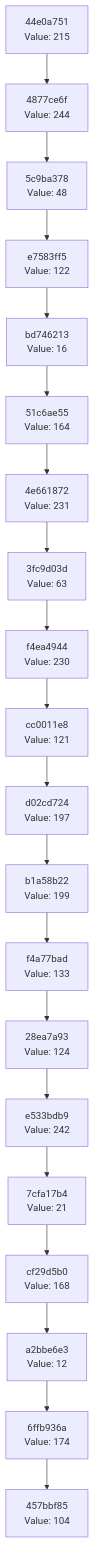
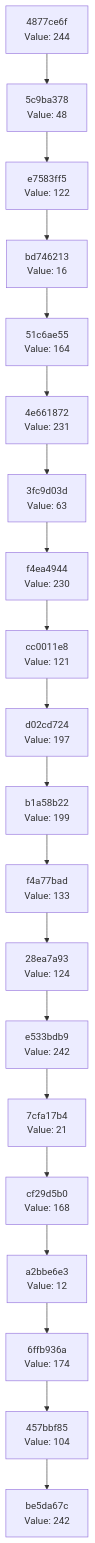
The diagram in docs/CHAIN_VISUALIZATION.md (Abhisheksinha1506/hash-chain-evolver), drawn with Mermaid before and after one commit. The commit also changed 2 other files, not shown here.

Commit message:
Evolution Step

````diff
--- a/docs/CHAIN_VISUALIZATION.md
+++ b/docs/CHAIN_VISUALIZATION.md
@@ -3,42 +3,42 @@
 ```mermaid
 graph TD
-    C0["457bbf85<br/>Value: 104"]
-    C1["6ffb936a<br/>Value: 174"]
+    C0["be5da67c<br/>Value: 242"]
+    C1["457bbf85<br/>Value: 104"]
     C1 --> C0
-    C2["a2bbe6e3<br/>Value: 12"]
+    C2["6ffb936a<br/>Value: 174"]
     C2 --> C1
-    C3["cf29d5b0<br/>Value: 168"]
+    C3["a2bbe6e3<br/>Value: 12"]
     C3 --> C2
-    C4["7cfa17b4<br/>Value: 21"]
+    C4["cf29d5b0<br/>Value: 168"]
     C4 --> C3
-    C5["e533bdb9<br/>Value: 242"]
+    C5["7cfa17b4<br/>Value: 21"]
     C5 --> C4
-    C6["28ea7a93<br/>Value: 124"]
+    C6["e533bdb9<br/>Value: 242"]
     C6 --> C5
-    C7["f4a77bad<br/>Value: 133"]
+    C7["28ea7a93<br/>Value: 124"]
     C7 --> C6
-    C8["b1a58b22<br/>Value: 199"]
+    C8["f4a77bad<br/>Value: 133"]
     C8 --> C7
-    C9["d02cd724<br/>Value: 197"]
+    C9["b1a58b22<br/>Value: 199"]
     C9 --> C8
-    C10["cc0011e8<br/>Value: 121"]
+    C10["d02cd724<br/>Value: 197"]
     C10 --> C9
-    C11["f4ea4944<br/>Value: 230"]
+    C11["cc0011e8<br/>Value: 121"]
     C11 --> C10
-    C12["3fc9d03d<br/>Value: 63"]
+    C12["f4ea4944<br/>Value: 230"]
     C12 --> C11
-    C13["4e661872<br/>Value: 231"]
+    C13["3fc9d03d<br/>Value: 63"]
     C13 --> C12
-    C14["51c6ae55<br/>Value: 164"]
+    C14["4e661872<br/>Value: 231"]
     C14 --> C13
-    C15["bd746213<br/>Value: 16"]
+    C15["51c6ae55<br/>Value: 164"]
     C15 --> C14
-    C16["e7583ff5<br/>Value: 122"]
+    C16["bd746213<br/>Value: 16"]
     C16 --> C15
-    C17["5c9ba378<br/>Value: 48"]
+    C17["e7583ff5<br/>Value: 122"]
     C17 --> C16
-    C18["4877ce6f<br/>Value: 244"]
+    C18["5c9ba378<br/>Value: 48"]
     C18 --> C17
-    C19["44e0a751<br/>Value: 215"]
+    C19["4877ce6f<br/>Value: 244"]
     C19 --> C18
 ```
````
